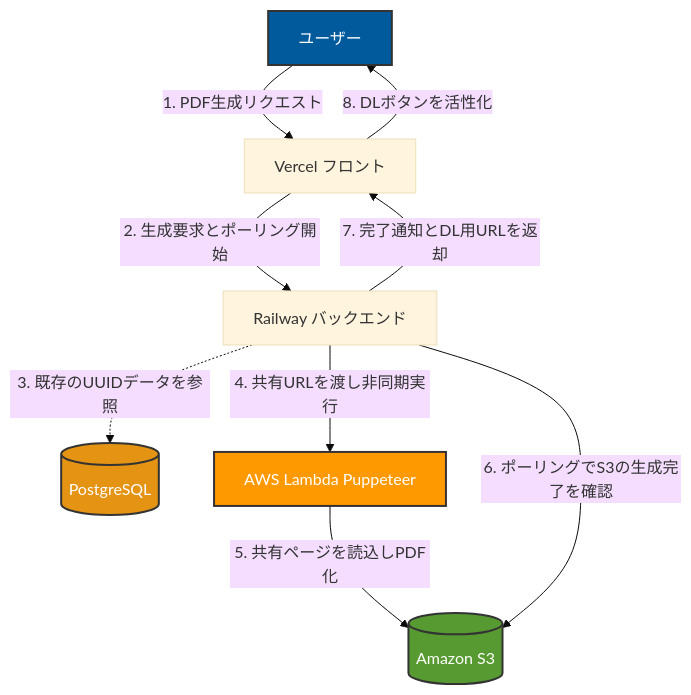
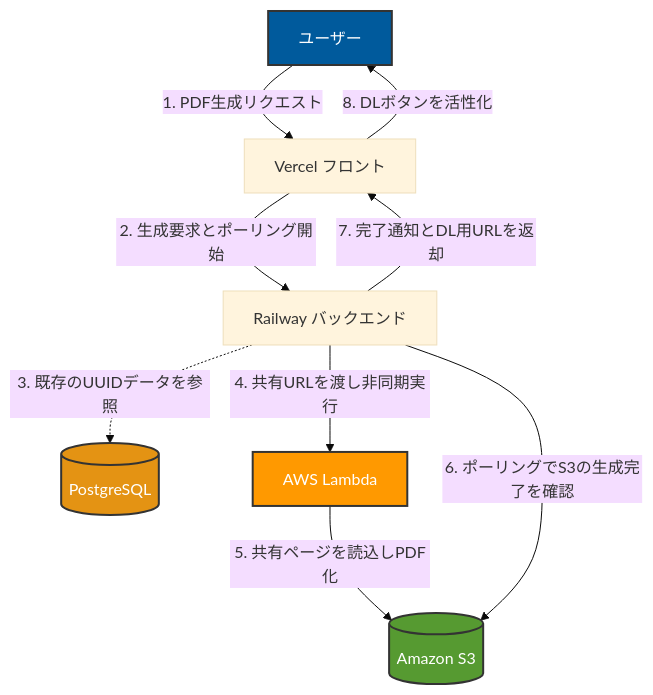
Before and after one commit to masa2401/FullStack-CreateSkillSheet: the second of 2 diagrams in README.md, drawn with Mermaid (base theme). The commit also changed other lines of this file, not shown here.

````diff
--- a/README.md
+++ b/README.md
@@ -61,24 +63,24 @@
 ```mermaid
 graph TD
     User[ユーザー]
     Vercel[Vercel フロント]
     Railway[Railway バックエンド]
     DB[(PostgreSQL)]
-    Lambda[AWS Lambda Puppeteer]
+    Lambda[AWS Lambda]
     S3[(Amazon S3)]
 
     User -->|1. PDF生成リクエスト| Vercel
     Vercel -->|2. 生成要求とポーリング開始| Railway
     Railway -.->|3. 既存のUUIDデータを参照| DB
     Railway -->|4. 共有URLを渡し非同期実行| Lambda
     Lambda -->|5. 共有ページを読込しPDF化| S3
     Railway -->|6. ポーリングでS3の生成完了を確認| S3
     Railway -->|7. 完了通知とDL用URLを返却| Vercel
     Vercel -->|8. DLボタンを活性化| User
 
     %% スタイルの設定
     style User fill:#005A9C,stroke:#333,stroke-width:2px,color:#fff
     style DB fill:#E49313,stroke:#333,stroke-width:2px,color:#fff
     style Lambda fill:#FF9900,stroke:#333,stroke-width:2px,color:#fff
     style S3 fill:#569A31,stroke:#333,stroke-width:2px,color:#fff
 ```
````
